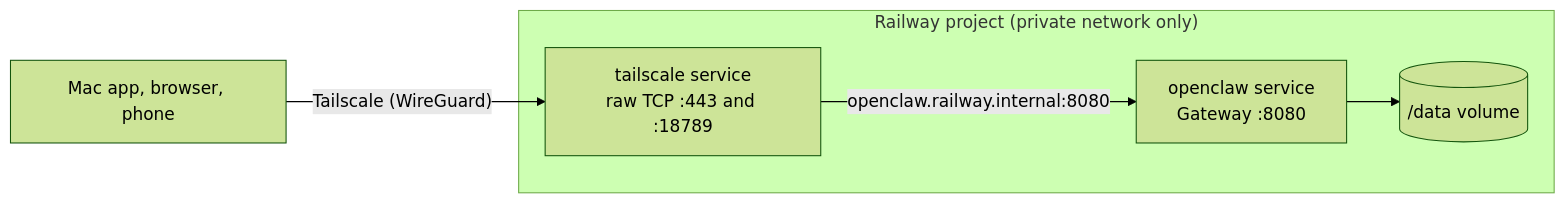
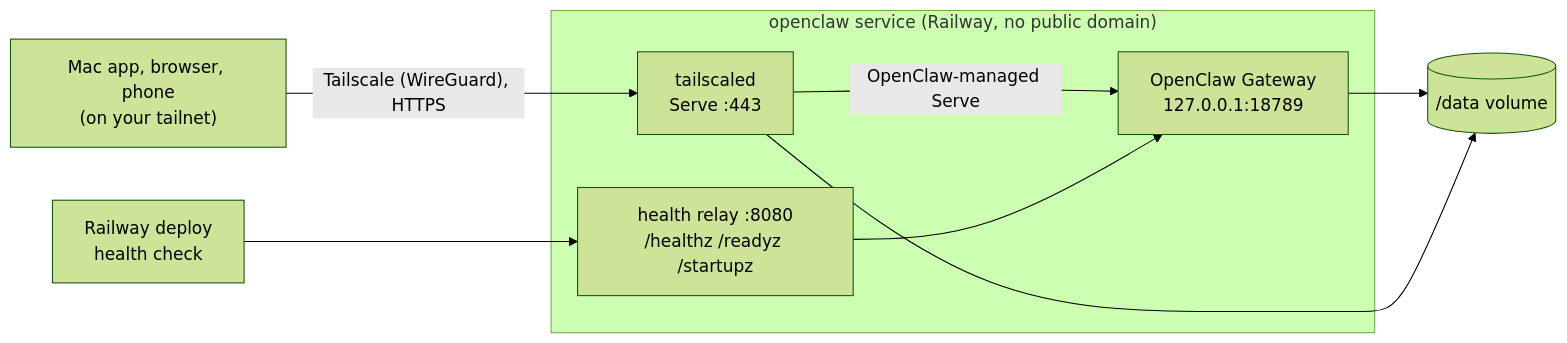
Before and after one commit to mlaurel/openclaw-railway-template: the diagram in README.md, drawn with Mermaid (forest theme). The commit also changed other lines of this file and 11 other files, not shown here.

First line of the commit message:
Document the one-service layout with OpenClaw-managed Tailscale Serve

````diff
--- a/README.md
+++ b/README.md
@@ -24,14 +29,18 @@
 ```mermaid
 flowchart LR
-    clients["Mac app, browser, phone"]
+    clients["Mac app, browser, phone<br/>(on your tailnet)"]
+    healthcheck["Railway deploy<br/>health check"]
 
-    subgraph railway["Railway project (private network only)"]
-        tailscale["tailscale service<br/>raw TCP :443 and :18789"]
-        openclaw["openclaw service<br/>Gateway :8080"]
-        volume[("/data volume")]
+    subgraph service["openclaw service (Railway, no public domain)"]
+        tailscaled["tailscaled<br/>Serve :443"]
+        relay["health relay :8080<br/>/healthz /readyz /startupz"]
+        gateway["OpenClaw Gateway<br/>127.0.0.1:18789"]
     end
+    volume[("/data volume")]
 
-    clients -- "Tailscale (WireGuard)" --> tailscale
-    tailscale -- "openclaw.railway.internal:8080" --> openclaw
-    openclaw --> volume
+    clients -- "Tailscale (WireGuard), HTTPS" --> tailscaled
+    tailscaled -- "OpenClaw-managed Serve" --> gateway
+    healthcheck --> relay --> gateway
+    gateway --> volume
+    tailscaled --> volume
 ```
````
